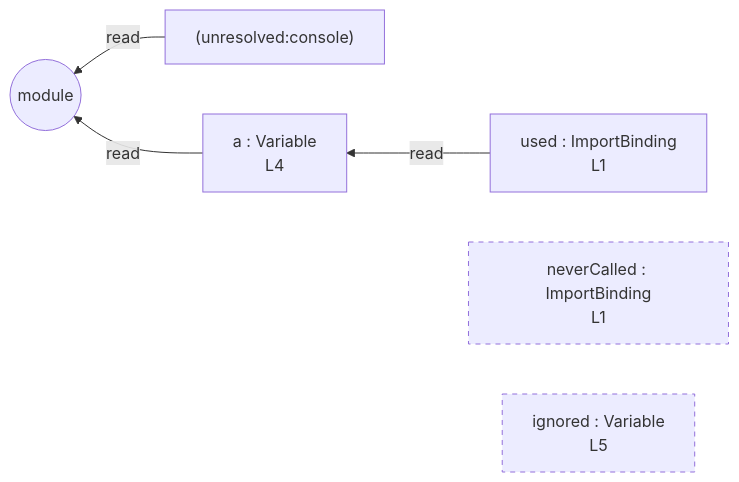
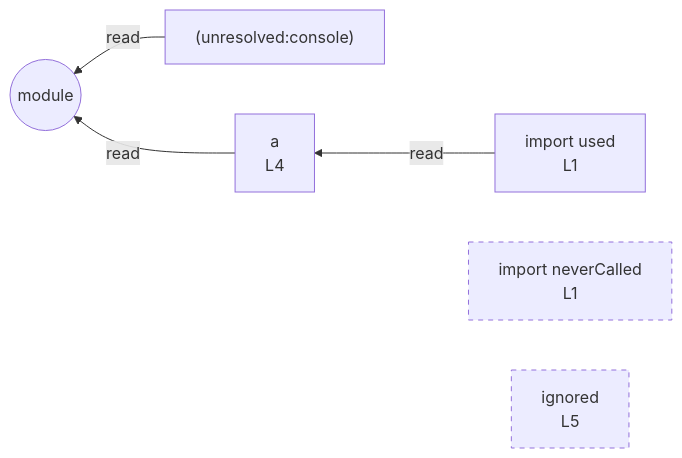
Before and after one commit to crescware/unsnarl: the diagram in integration/fixtures/unused-and-var/preview.md, drawn with Mermaid. The commit also changed 27 other files, not shown here.

First line of the commit message:
refactor(mermaid): drop ": Variable" noise, decorate kinds inline

````diff
--- a/integration/fixtures/unused-and-var/preview.md
+++ b/integration/fixtures/unused-and-var/preview.md
@@ -17,15 +17,15 @@
 ```mermaid
 flowchart RL
-  n_scope_0_used_9["used : ImportBinding<br/>L1"]
-  n_scope_0_neverCalled_15["neverCalled : ImportBinding<br/>L1"]
-  n_scope_0_a_67["a : Variable<br/>L4"]
-  n_scope_0_ignored_83["ignored : Variable<br/>L5"]
+  n_scope_0_used_9["import used<br/>L1"]
+  n_scope_0_neverCalled_15["import neverCalled<br/>L1"]
+  n_scope_0_a_67["a<br/>L4"]
+  n_scope_0_ignored_83["ignored<br/>L5"]
   n_scope_0_console_98["(unresolved:console)"]
   n_scope_0_used_9 -->|read| n_scope_0_a_67
   n_scope_0_console_98 -->|read| module_root
   n_scope_0_a_67 -->|read| module_root
   module_root((module))
   classDef unused stroke-dasharray: 5 5;
   class n_scope_0_neverCalled_15 unused;
   class n_scope_0_ignored_83 unused;
 ```
````
